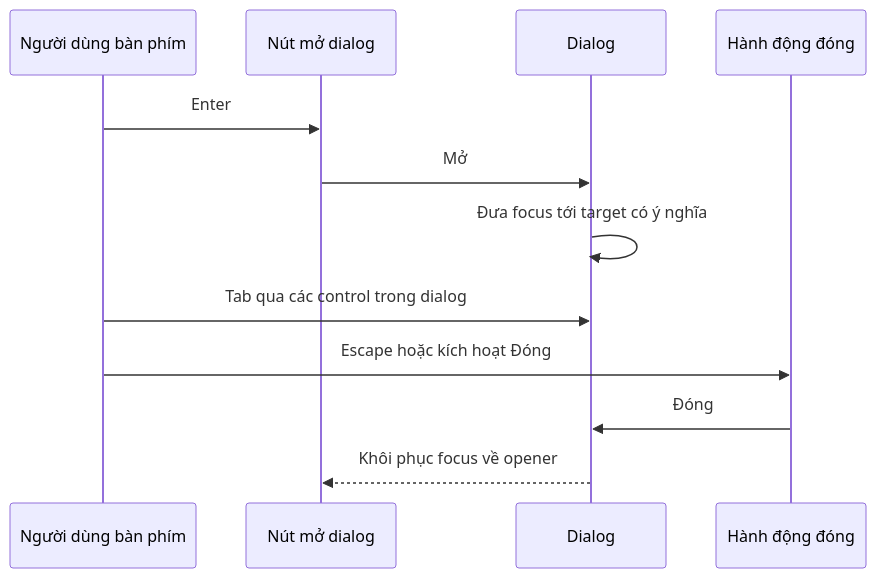
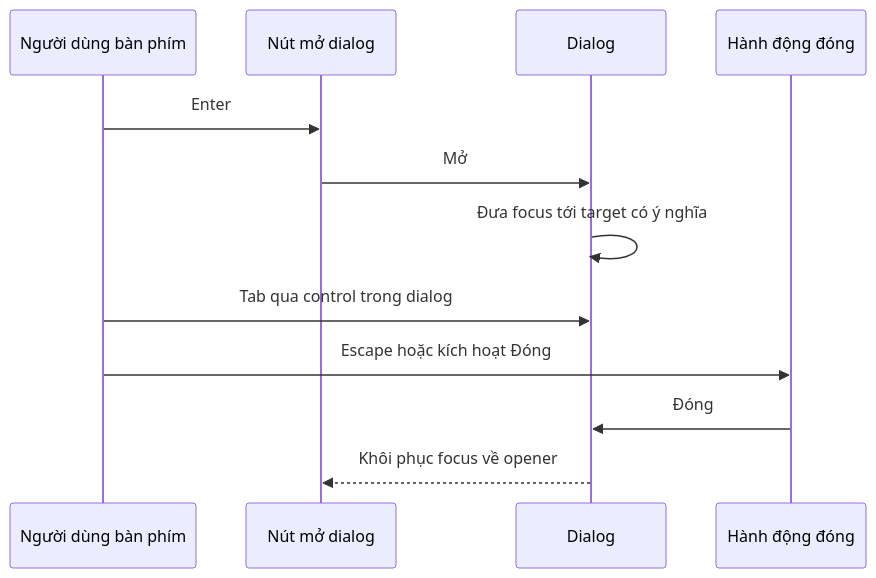
The second of 4 diagrams in content/docs/frontend-engineering/web-accessibility.vi.mdx (thucne/software-development-atlas), drawn with Mermaid before and after one commit. The commit also changed other lines of this file and 1 other file, not shown here.

````diff
--- a/content/docs/frontend-engineering/web-accessibility.vi.mdx
+++ b/content/docs/frontend-engineering/web-accessibility.vi.mdx
@@ -156,15 +147,15 @@
 ```mermaid
 sequenceDiagram
   participant K as Người dùng bàn phím
   participant T as Nút mở dialog
   participant D as Dialog
   participant C as Hành động đóng
 
   K->>T: Enter
   T->>D: Mở
   D->>D: Đưa focus tới target có ý nghĩa
-  K->>D: Tab qua các control trong dialog
+  K->>D: Tab qua control trong dialog
   K->>C: Escape hoặc kích hoạt Đóng
   C->>D: Đóng
   D-->>T: Khôi phục focus về opener
 ```
````
